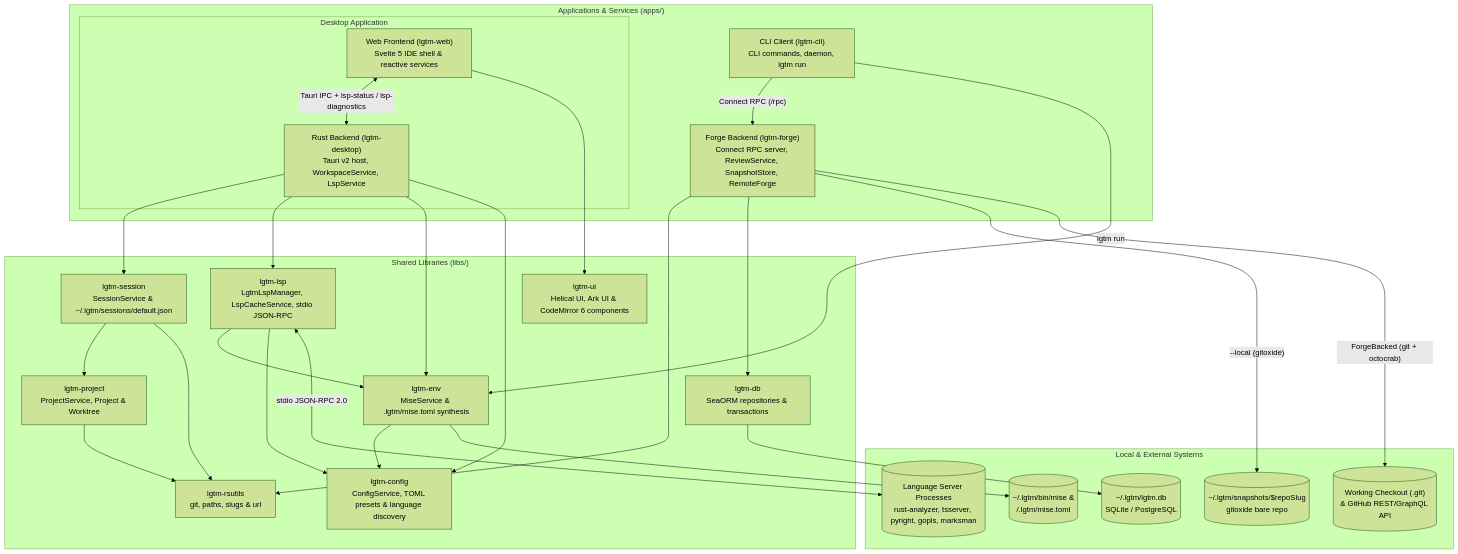
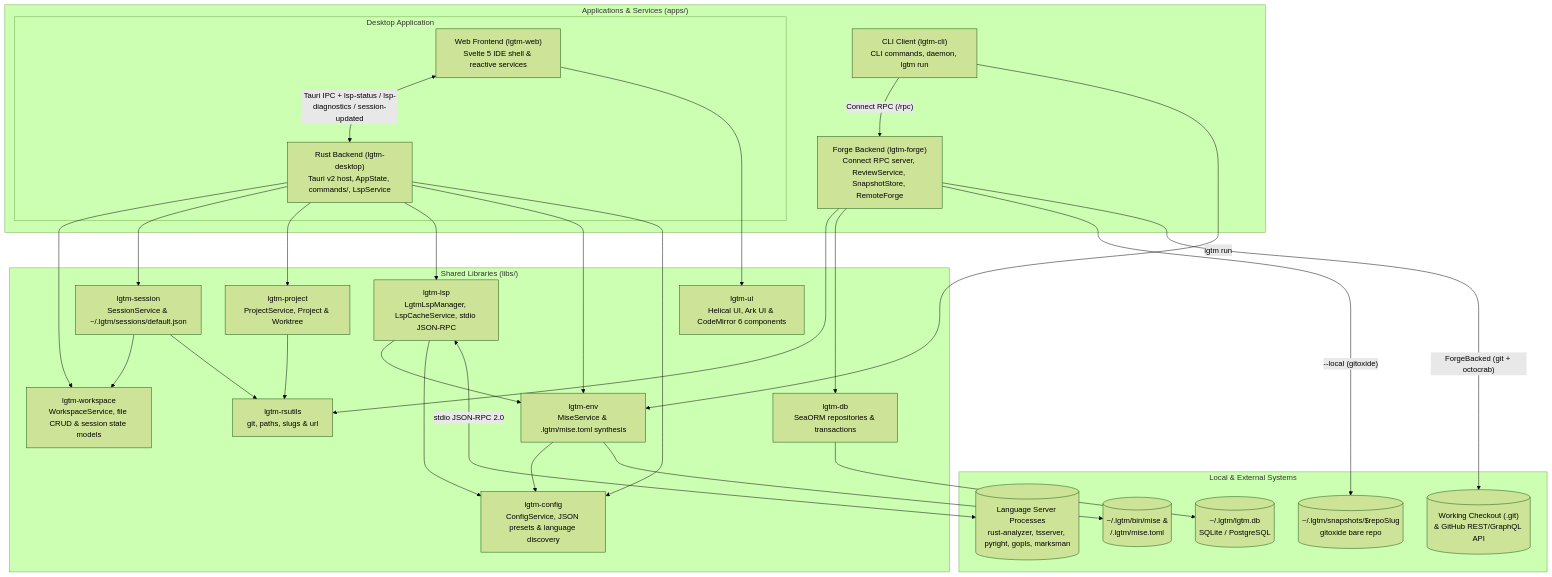
The first of 5 diagrams in docs/architecture/index.md (difflab-io/lgtm), drawn with Mermaid (forest theme) before and after one commit. The commit also changed other lines of this file and 17 other files, not shown here.

First line of the commit message:
refactor(session,desktop,rsutils,docs): orchestrate projects in desktop host and sync docs

````diff
--- a/docs/architecture/index.md
+++ b/docs/architecture/index.md
@@ -48,52 +48,55 @@
 ```mermaid
 flowchart TB
     subgraph Apps["Applications & Services (apps/)"]
         CLI["CLI Client (lgtm-cli)\nCLI commands, daemon, lgtm run"]
         FORGE["Forge Backend (lgtm-forge)\nConnect RPC server, ReviewService, SnapshotStore, RemoteForge"]
         subgraph DesktopApp["Desktop Application"]
             WEB["Web Frontend (lgtm-web)\nSvelte 5 IDE shell & reactive services"]
-            DESKTOP["Rust Backend (lgtm-desktop)\nTauri v2 host, WorkspaceService, LspService"]
-            WEB <-->|"Tauri IPC + lsp-status / lsp-diagnostics"| DESKTOP
+            DESKTOP["Rust Backend (lgtm-desktop)\nTauri v2 host, AppState, commands/, LspService"]
+            WEB <-->|"Tauri IPC + lsp-status / lsp-diagnostics / session-updated"| DESKTOP
         end
     end
 
     subgraph Libraries["Shared Libraries (libs/)"]
         UI["lgtm-ui\nHelical UI, Ark UI & CodeMirror 6 components"]
+        WS["lgtm-workspace\nWorkspaceService, file CRUD & session state models"]
         SESS["lgtm-session\nSessionService & ~/.lgtm/sessions/default.json"]
         PROJ["lgtm-project\nProjectService, Project & Worktree"]
         RSU["lgtm-rsutils\ngit, paths, slugs & url"]
         DB["lgtm-db\nSeaORM repositories & transactions"]
         LSP["lgtm-lsp\nLgtmLspManager, LspCacheService, stdio JSON-RPC"]
         ENV["lgtm-env\nMiseService & .lgtm/mise.toml synthesis"]
-        CFG["lgtm-config\nConfigService, TOML presets & language discovery"]
+        CFG["lgtm-config\nConfigService, JSON presets & language discovery"]
     end
 
     subgraph Storage["Local & External Systems"]
         SQLITE[("~/.lgtm/lgtm.db\nSQLite / PostgreSQL")]
         SNAP[("~/.lgtm/snapshots/$repoSlug\ngitoxide bare repo")]
         GIT[("Working Checkout (.git)\n& GitHub REST/GraphQL API")]
         MISE_BIN[("~/.lgtm/bin/mise &\n<workspace>/.lgtm/mise.toml")]
         LSP_PROC[("Language Server Processes\nrust-analyzer, tsserver, pyright, gopls, marksman")]
     end
 
     WEB --> UI
     CLI -->|"Connect RPC (/rpc)"| FORGE
     CLI -->|"lgtm run"| ENV
+    DESKTOP --> WS
     DESKTOP --> SESS
-    SESS --> PROJ
+    DESKTOP --> PROJ
+    SESS --> WS
     PROJ --> RSU
     SESS --> RSU
     FORGE --> RSU
     DESKTOP --> LSP
     DESKTOP --> ENV
     DESKTOP --> CFG
     FORGE --> DB
     FORGE -->|"--local (gitoxide)"| SNAP
     FORGE -->|"ForgeBacked (git + octocrab)"| GIT
     DB --> SQLITE
     LSP --> ENV
     LSP --> CFG
     LSP <-->|"stdio JSON-RPC 2.0"| LSP_PROC
     ENV --> CFG
     ENV --> MISE_BIN
 ```
````
